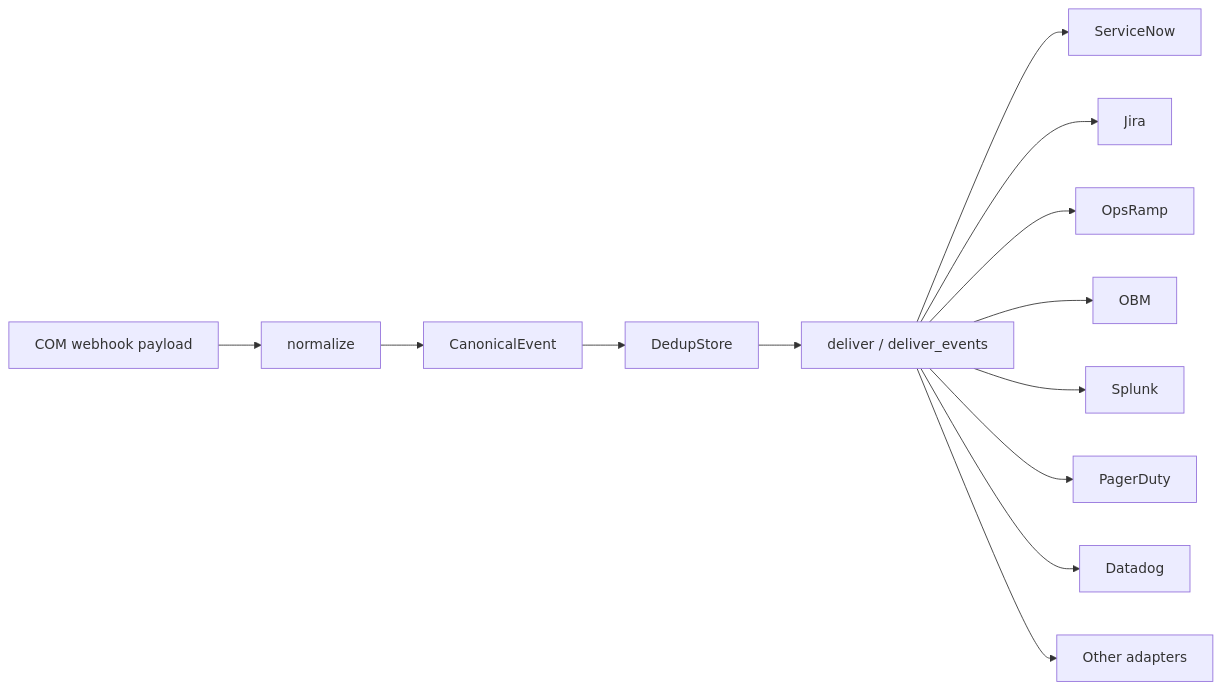
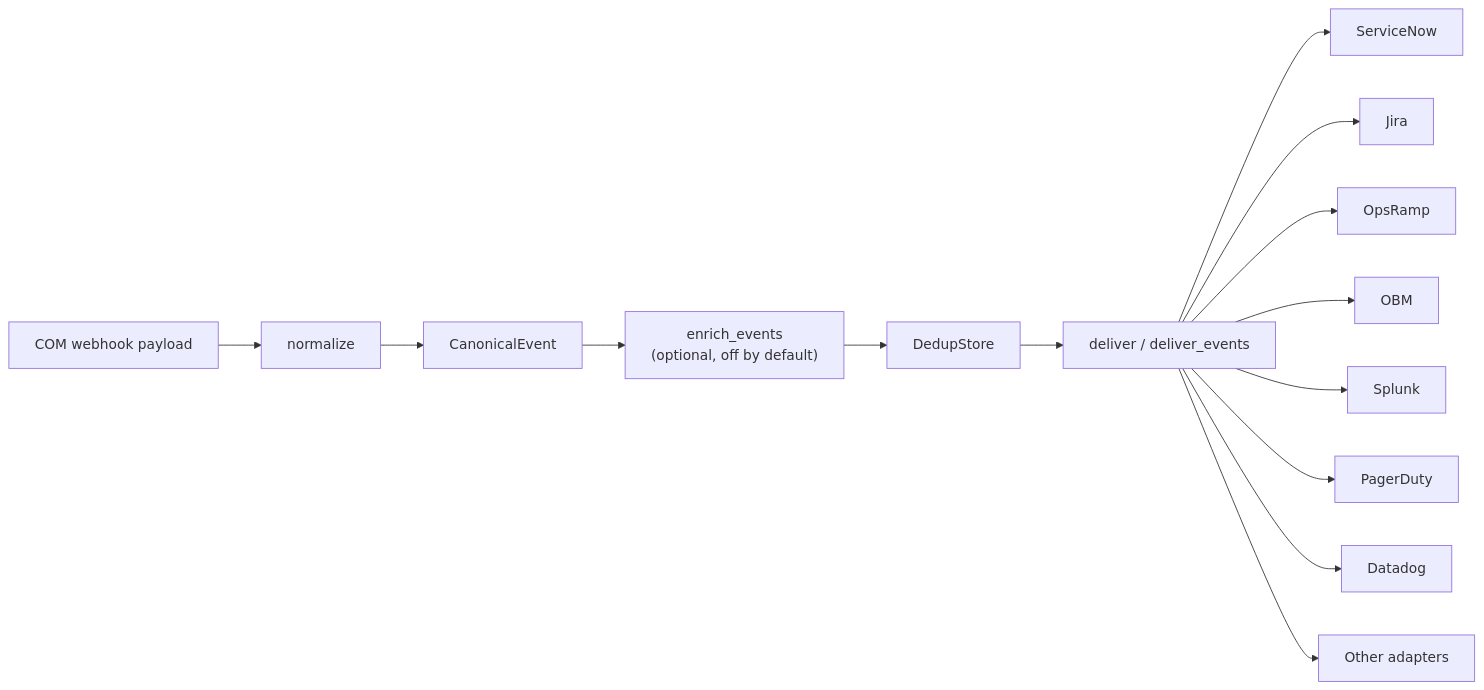
The diagram in com-event-core/README.md (jullienl/HPE-COM-Event-Integrations), drawn with Mermaid before and after one commit. The commit also changed other lines of this file and 36 other files, not shown here.

````diff
--- a/com-event-core/README.md
+++ b/com-event-core/README.md
@@ -87,16 +88,17 @@
 ```mermaid
 flowchart LR
     COM[COM webhook payload] --> NORMALIZE[normalize]
     NORMALIZE --> EVENT[CanonicalEvent]
-    EVENT --> DEDUP[DedupStore]
+    EVENT --> ENRICH["enrich_events<br/>(optional, off by default)"]
+    ENRICH --> DEDUP[DedupStore]
     DEDUP --> DELIVER[deliver / deliver_events]
 
     DELIVER --> SN[ServiceNow]
     DELIVER --> JIRA[Jira]
     DELIVER --> OR[OpsRamp]
     DELIVER --> OBM[OBM]
     DELIVER --> SPL[Splunk]
     DELIVER --> PD[PagerDuty]
     DELIVER --> DD[Datadog]
     DELIVER --> MORE[Other adapters]
 ```
````
